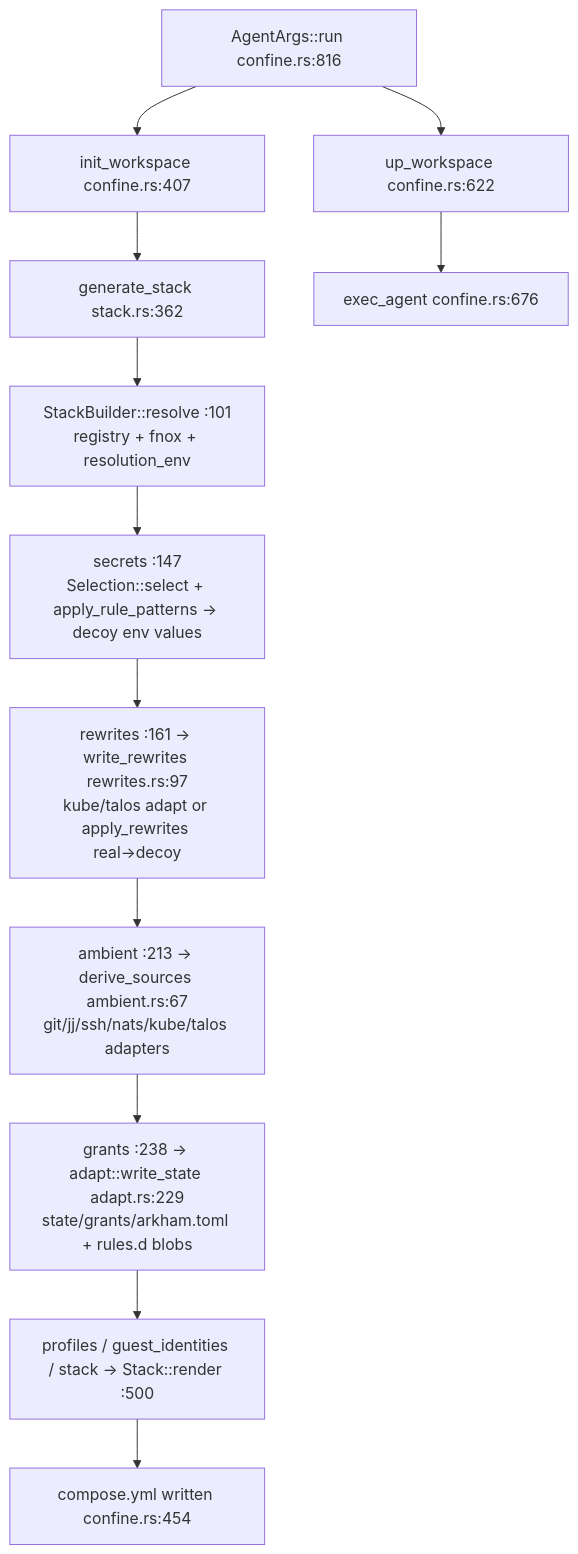
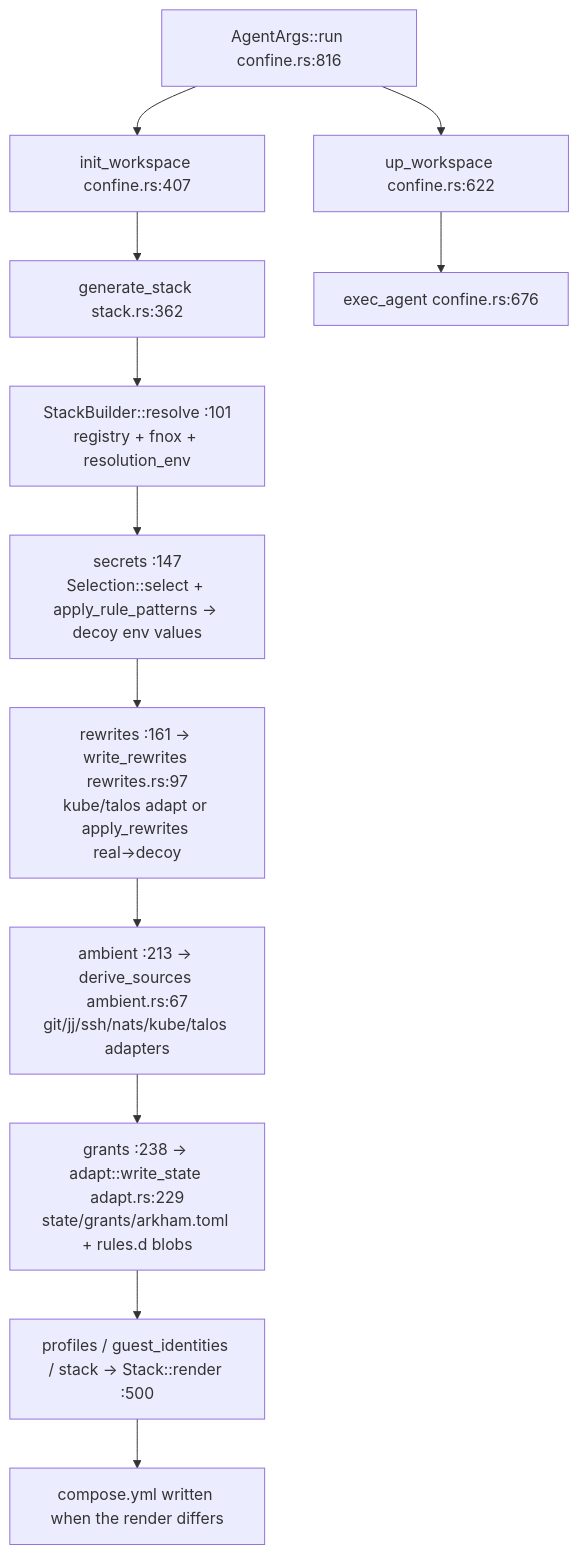
One commit to lotsaai/arkham changed the second of 2 diagrams in docs/engineering/architecture-map.md. Above: the diagram before and after it, drawn with Mermaid. The commit also changed other lines of this file and 70 other files, not shown here.

````diff
--- a/docs/engineering/architecture-map.md
+++ b/docs/engineering/architecture-map.md
@@ -255,13 +246,13 @@
 ```mermaid
 flowchart TD
   A[AgentArgs::run confine.rs:816] --> B[init_workspace confine.rs:407]
   B --> C[generate_stack stack.rs:362]
   C --> C1[StackBuilder::resolve :101<br/>registry + fnox + resolution_env]
   C1 --> C2[secrets :147<br/>Selection::select + apply_rule_patterns → decoy env values]
   C2 --> C3[rewrites :161 → write_rewrites rewrites.rs:97<br/>kube/talos adapt or apply_rewrites real→decoy]
   C3 --> C4[ambient :213 → derive_sources ambient.rs:67<br/>git/jj/ssh/nats/kube/talos adapters]
   C4 --> C5[grants :238 → adapt::write_state adapt.rs:229<br/>state/grants/arkham.toml + rules.d blobs]
   C5 --> C6[profiles / guest_identities / stack → Stack::render :500]
-  C6 --> D[compose.yml written confine.rs:454]
+  C6 --> D[compose.yml written when the render differs]
   A --> E[up_workspace confine.rs:622] --> F[exec_agent confine.rs:676]
 ```
````
